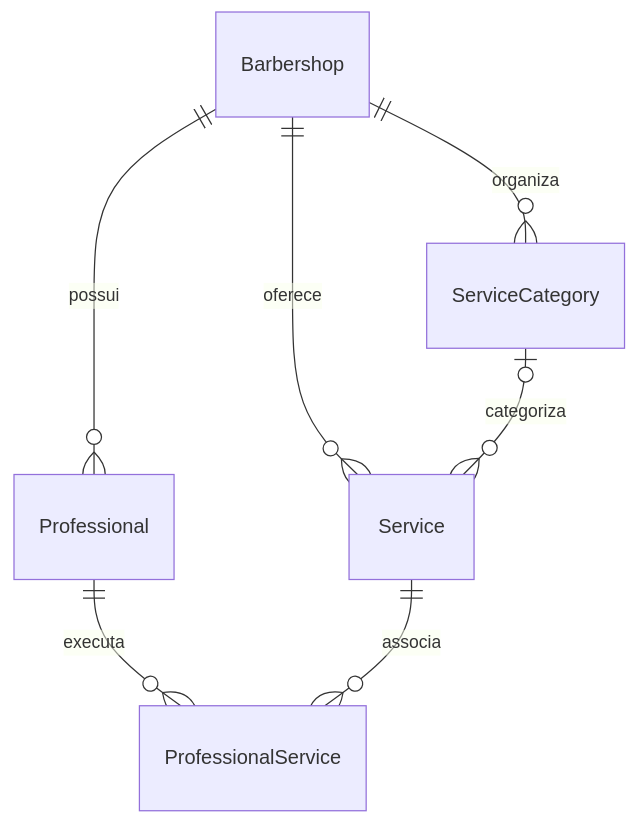
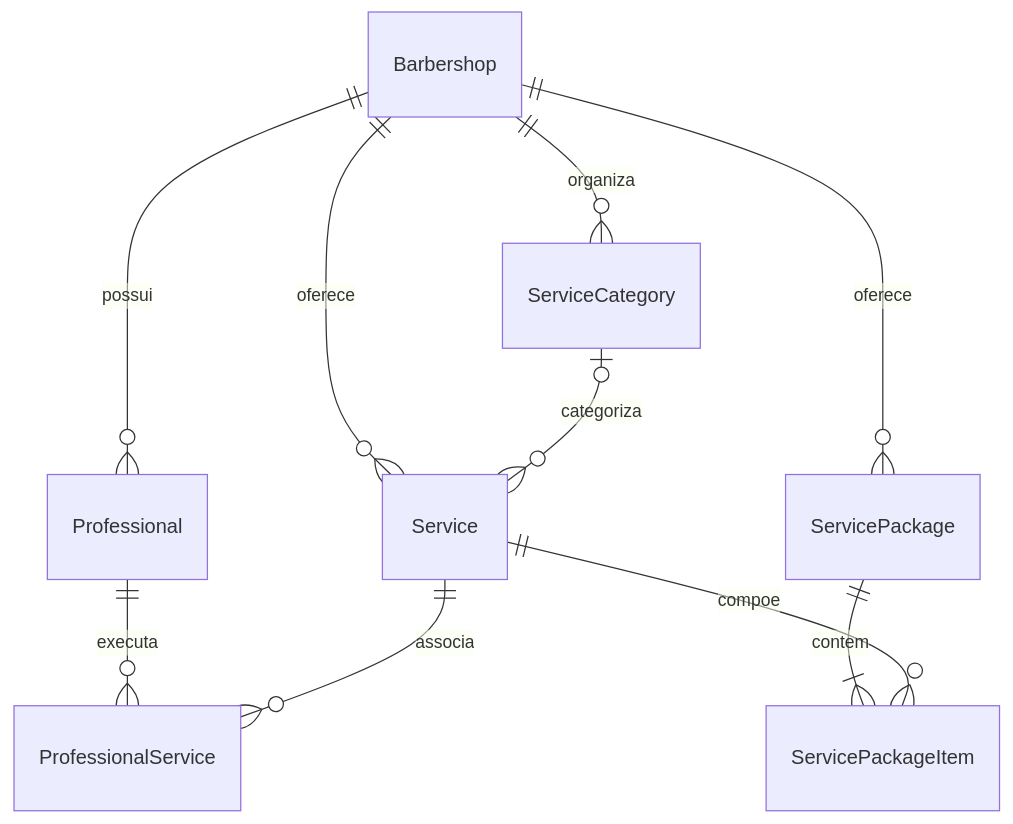
Before and after one commit to CleitonLealbb/landPageMrDyllanBarbearia: the diagram in docs/03-banco-de-dados/modelo-dados.md, drawn with Mermaid. The commit also changed other lines of this file and 26 other files, not shown here.

````diff
--- a/docs/03-banco-de-dados/modelo-dados.md
+++ b/docs/03-banco-de-dados/modelo-dados.md
@@ -3,9 +3,12 @@
 ```mermaid
 erDiagram
   Barbershop ||--o{ Service : oferece
   Barbershop ||--o{ ServiceCategory : organiza
   ServiceCategory o|--o{ Service : categoriza
   Barbershop ||--o{ Professional : possui
   Professional ||--o{ ProfessionalService : executa
   Service ||--o{ ProfessionalService : associa
+  Barbershop ||--o{ ServicePackage : oferece
+  ServicePackage ||--|{ ServicePackageItem : contem
+  Service ||--o{ ServicePackageItem : compoe
 ```
````
